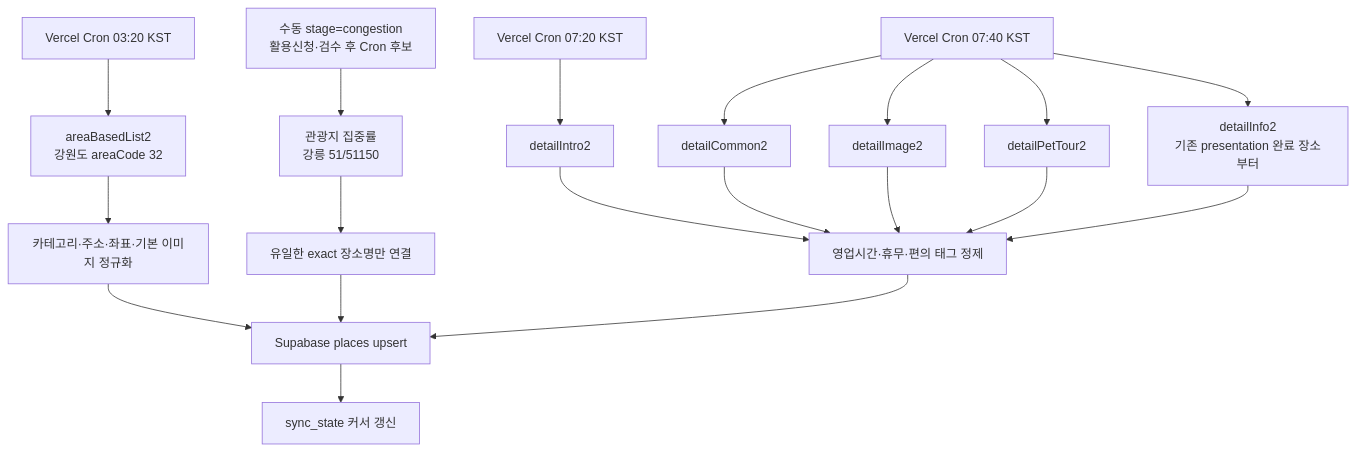
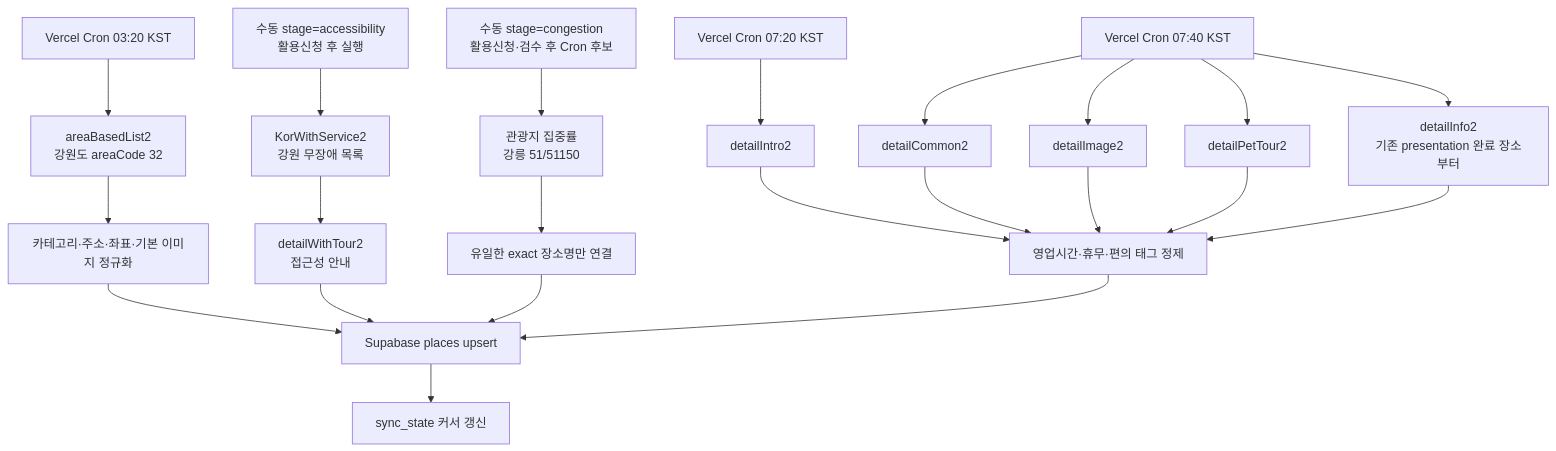
The fourth of 4 diagrams in docs/02_ARCHITECTURE.md (Newrred/tteumsae), drawn with Mermaid before and after one commit. The commit also changed other lines of this file and 28 other files, not shown here.

````diff
--- a/docs/02_ARCHITECTURE.md
+++ b/docs/02_ARCHITECTURE.md
@@ -152,21 +152,24 @@
 ```mermaid
 flowchart TD
     C1["Vercel Cron 03:20 KST"] --> L["areaBasedList2\n강원도 areaCode 32"]
     L --> N["카테고리·주소·좌표·기본 이미지 정규화"]
     N --> P["Supabase places upsert"]
     C2["Vercel Cron 07:20 KST"] --> I["detailIntro2"]
     C3["Vercel Cron 07:40 KST"] --> CO["detailCommon2"]
     C3 --> IM["detailImage2"]
     C3 --> PET["detailPetTour2"]
     C3 --> IF["detailInfo2\n기존 presentation 완료 장소부터"]
     C4["수동 stage=congestion\n활용신청·검수 후 Cron 후보"] --> CG["관광지 집중률\n강릉 51/51150"]
+    C5["수동 stage=accessibility\n활용신청 후 실행"] --> AW["KorWithService2\n강원 무장애 목록"]
+    AW --> AD["detailWithTour2\n접근성 안내"]
+    AD --> P
     CG --> CM["유일한 exact 장소명만 연결"]
     CM --> P
     I --> E["영업시간·휴무·편의 태그 정제"]
     CO --> E
     IM --> E
     PET --> E
     IF --> E
     E --> P
     P --> ST["sync_state 커서 갱신"]
 ```
````
